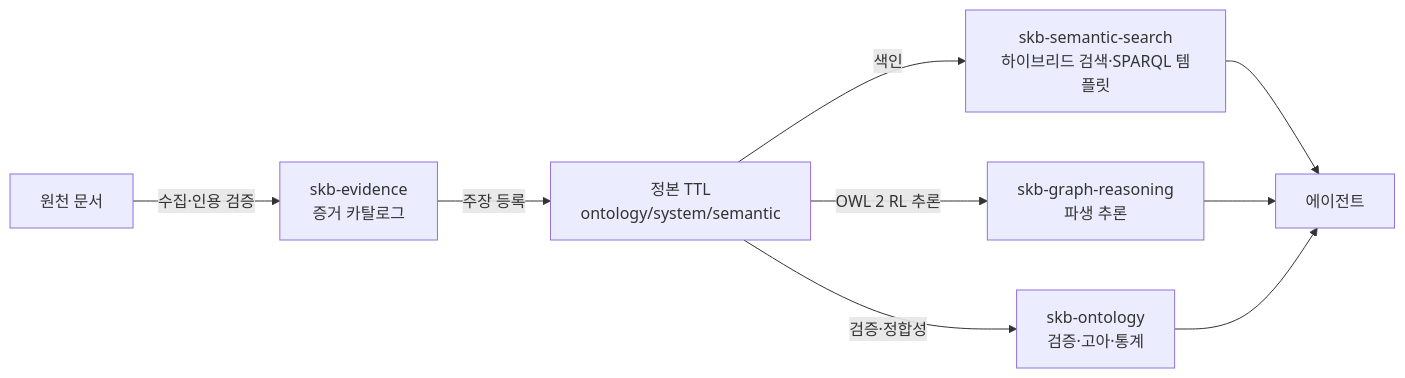
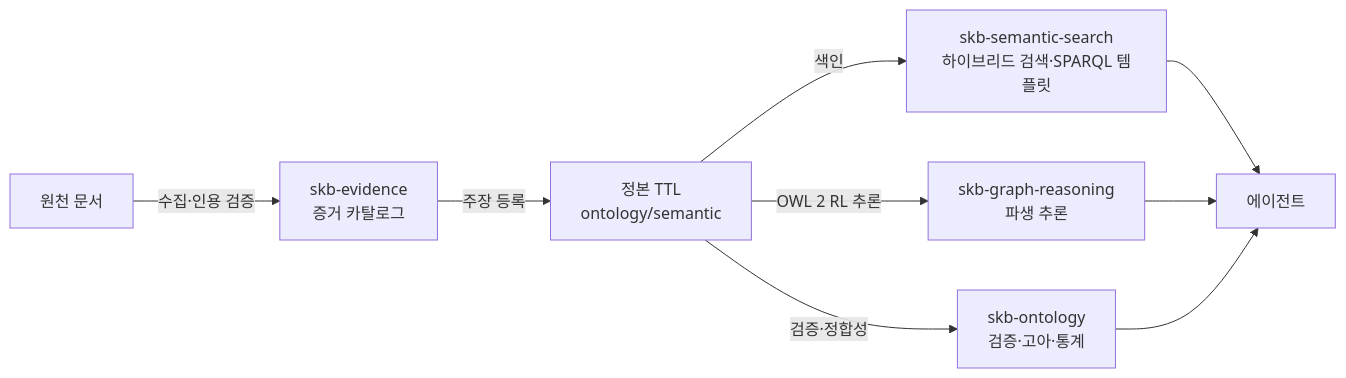
Before and after one commit to WMJOON/semantic-knowledge-base: the diagram in README.md, drawn with Mermaid. The commit also changed other lines of this file and 47 other files, not shown here.

First line of the commit message:
feat(skb): 온톨로지 정본 경로를 ontology/semantic 으로 통일 (v1.9.0)

````diff
--- a/README.md
+++ b/README.md
@@ -56,11 +56,11 @@
 ```mermaid
 flowchart LR
     A["원천 문서"] -->|수집·인용 검증| E["skb-evidence<br/>증거 카탈로그"]
-    E -->|주장 등록| T["정본 TTL<br/>ontology/system/semantic"]
+    E -->|주장 등록| T["정본 TTL<br/>ontology/semantic"]
     T -->|검증·정합성| O["skb-ontology<br/>검증·고아·통계"]
     T -->|OWL 2 RL 추론| G["skb-graph-reasoning<br/>파생 추론"]
     T -->|색인| S["skb-semantic-search<br/>하이브리드 검색·SPARQL 템플릿"]
     S --> AG["에이전트"]
     G --> AG
     O --> AG
 ```
````
